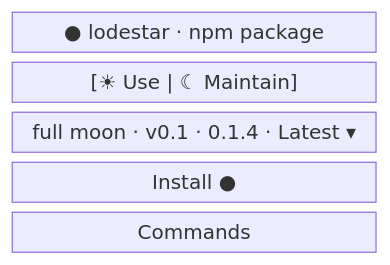
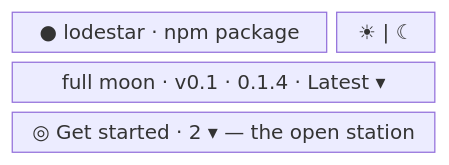
One commit to nepal-dev-com/docs.nepal-dev.com changed the fourth of 7 diagrams in content/docs/maintain/app-flow/solar-system.mdx. Above: the diagram before and after it, drawn with Mermaid. The commit also changed other lines of this file and 35 other files, not shown here.

````diff
--- a/content/docs/maintain/app-flow/solar-system.mdx
+++ b/content/docs/maintain/app-flow/solar-system.mdx
@@ -121,9 +125,7 @@
 ```mermaid
 block-beta
   columns 4
-  chip["● lodestar · npm package"]:4
-  sw["[☀ Use | ☾ Maintain]"]:4
+  chip["● lodestar · npm package"]:3 sw["☀ | ☾"]:1
   moon["full moon · v0.1 · 0.1.4 · Latest ▾"]:4
-  l1["Install  ●"]:4
-  l2["Commands"]:4
+  st["◎ Get started · 2 ▾ — the open station"]:4
 ```
````
